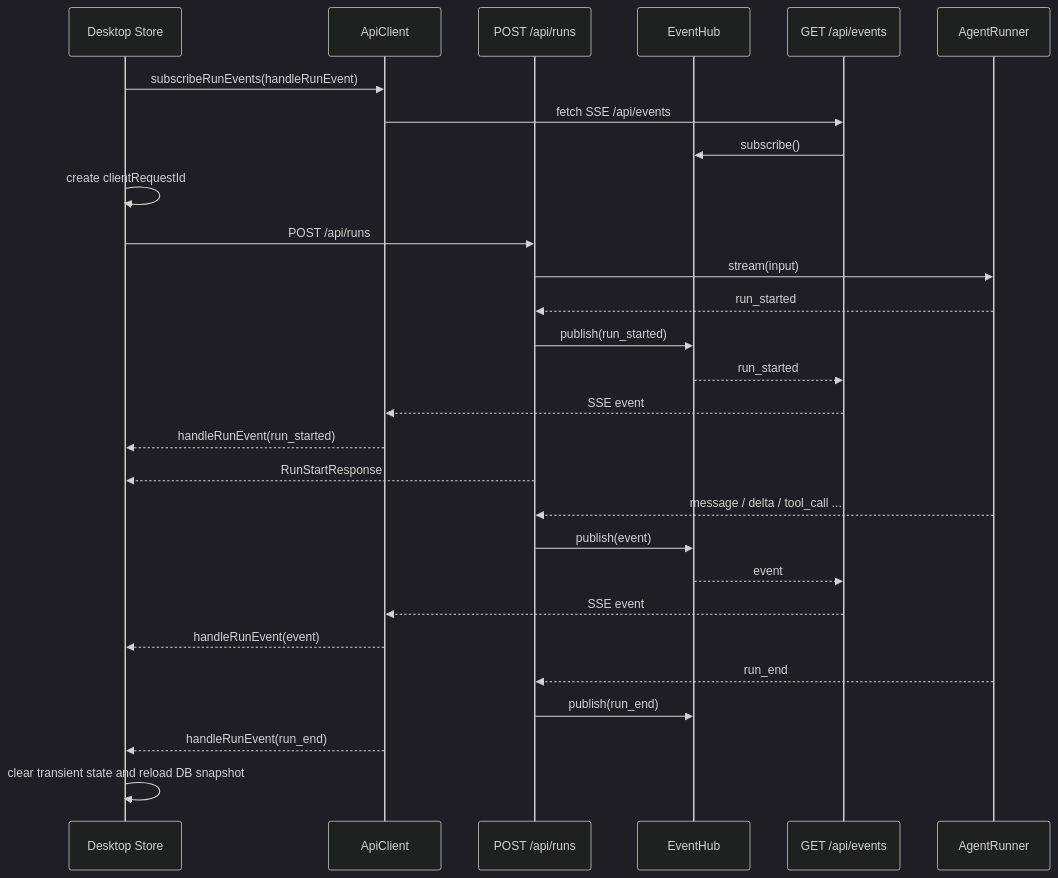
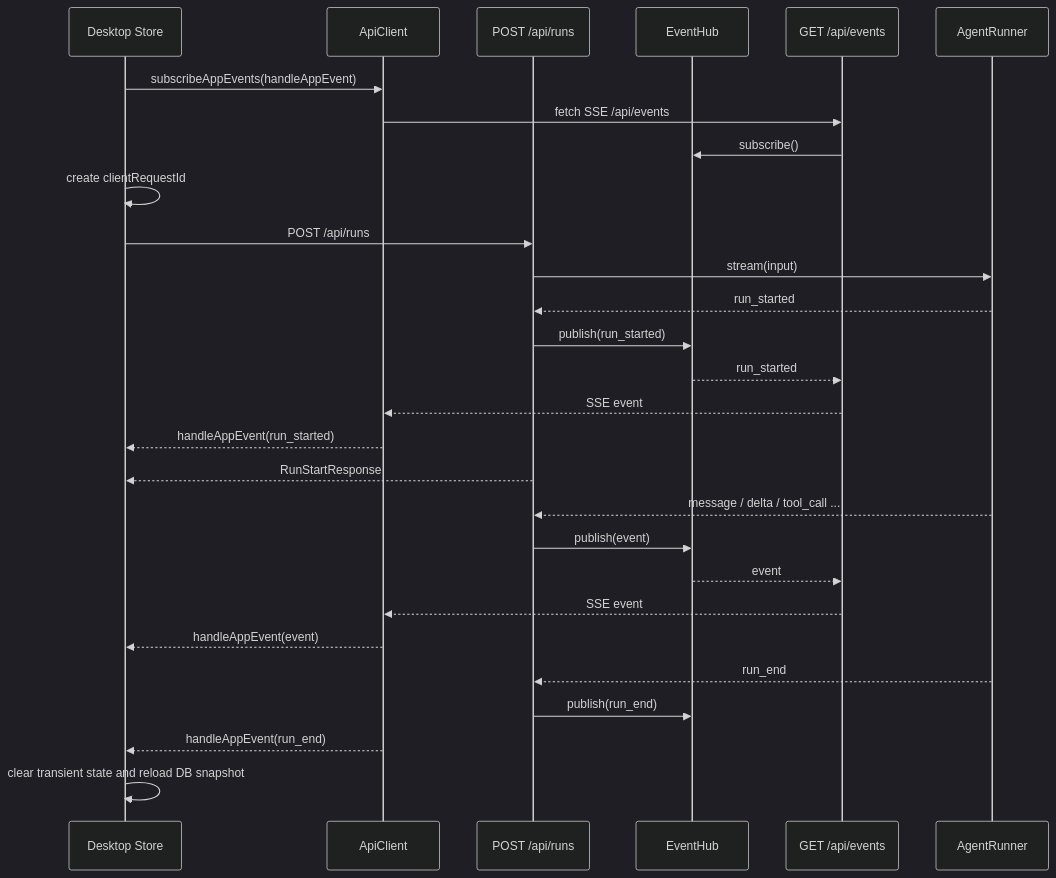
One commit to Hao-yiwen/chengxiaobang changed the diagram in docs/global-sse-event-stream.md. Above: the diagram before and after it, drawn with Mermaid (dark theme). The commit also changed other lines of this file and 31 other files, not shown here.

````diff
--- a/docs/global-sse-event-stream.md
+++ b/docs/global-sse-event-stream.md
@@ -261,34 +282,34 @@
 ```mermaid
 sequenceDiagram
   participant Store as Desktop Store
   participant Api as ApiClient
   participant Runs as POST /api/runs
   participant Hub as EventHub
   participant Events as GET /api/events
   participant Runner as AgentRunner
 
-  Store->>Api: subscribeRunEvents(handleRunEvent)
+  Store->>Api: subscribeAppEvents(handleAppEvent)
   Api->>Events: fetch SSE /api/events
   Events->>Hub: subscribe()
 
   Store->>Store: create clientRequestId
   Store->>Runs: POST /api/runs
   Runs->>Runner: stream(input)
   Runner-->>Runs: run_started
   Runs->>Hub: publish(run_started)
   Hub-->>Events: run_started
   Events-->>Api: SSE event
-  Api-->>Store: handleRunEvent(run_started)
+  Api-->>Store: handleAppEvent(run_started)
   Runs-->>Store: RunStartResponse
 
   Runner-->>Runs: message / delta / tool_call ...
   Runs->>Hub: publish(event)
   Hub-->>Events: event
   Events-->>Api: SSE event
-  Api-->>Store: handleRunEvent(event)
+  Api-->>Store: handleAppEvent(event)
 
   Runner-->>Runs: run_end
   Runs->>Hub: publish(run_end)
-  Api-->>Store: handleRunEvent(run_end)
+  Api-->>Store: handleAppEvent(run_end)
   Store->>Store: clear transient state and reload DB snapshot
 ```
````
